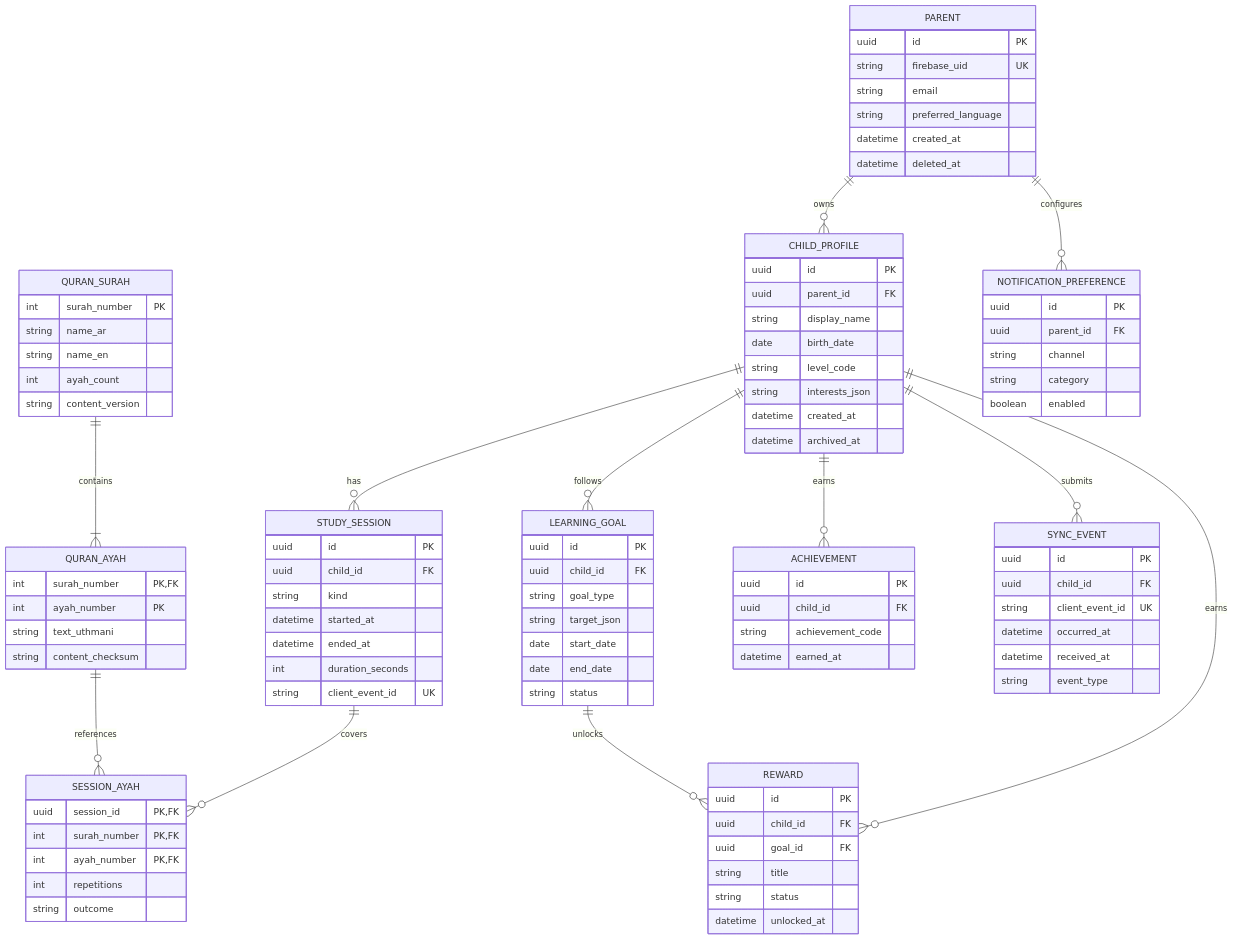
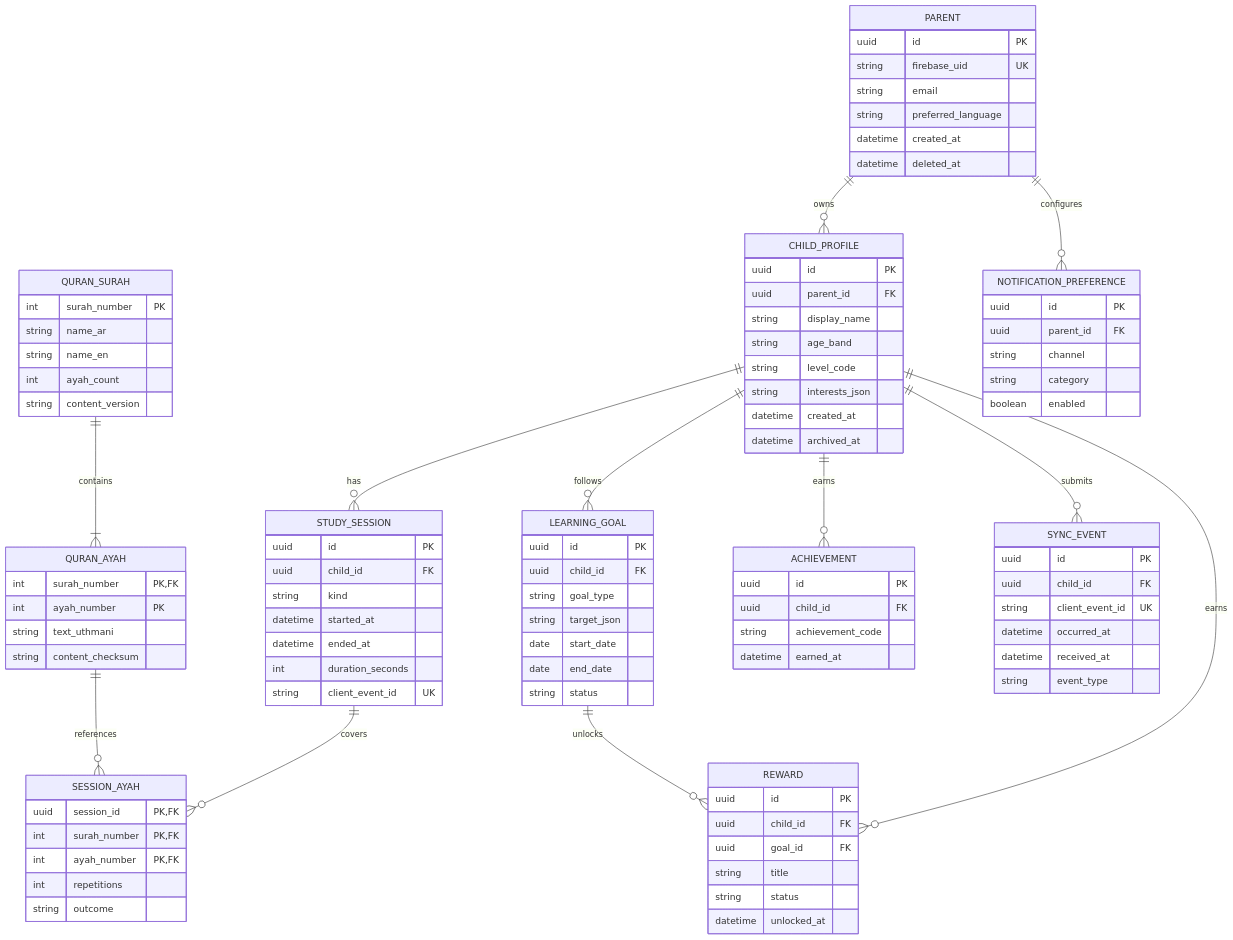
Before and after one commit to 7Mohamed-Gamal7/Quran-Hero-Kids: the diagram in docs/architecture/data-model.md, drawn with Mermaid. The commit also changed other lines of this file and 116 other files, not shown here.

```diff
--- a/docs/architecture/data-model.md
+++ b/docs/architecture/data-model.md
@@ -28,7 +28,7 @@
     uuid id PK
     uuid parent_id FK
     string display_name
-    date birth_date
+    string age_band
     string level_code
     string interests_json
     datetime created_at
```
